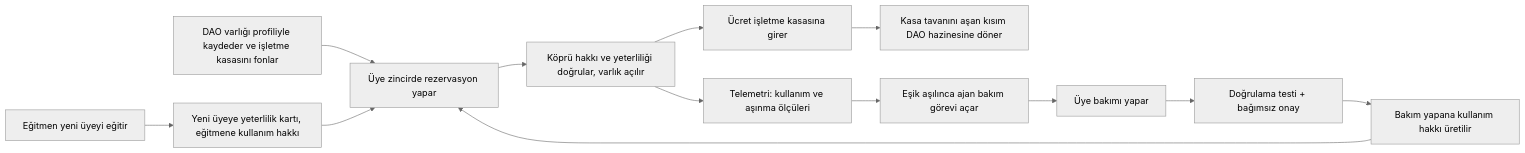
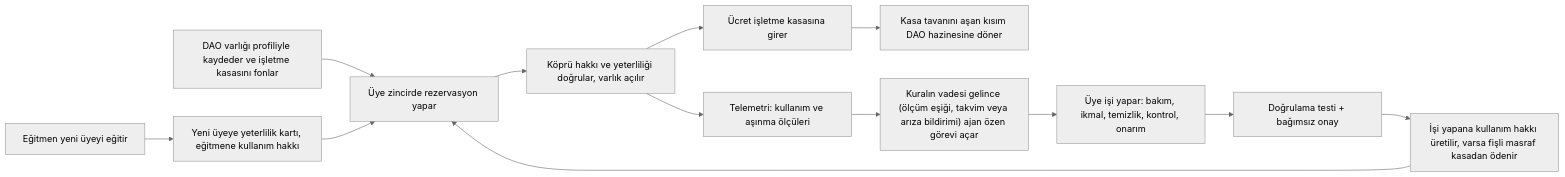
The diagram in docs/PRODUCT_TR.md (anilkaracay/commonkit), drawn with Mermaid (neutral theme) before and after one commit. The commit also changed other lines of this file and 12 other files, not shown here.

````diff
--- a/docs/PRODUCT_TR.md
+++ b/docs/PRODUCT_TR.md
@@ -119,15 +138,15 @@
 ```mermaid
 flowchart LR
     A[DAO varlığı profiliyle kaydeder ve işletme kasasını fonlar] --> B[Üye zincirde rezervasyon yapar]
     B --> C[Köprü hakkı ve yeterliliği doğrular, varlık açılır]
     C --> D[Ücret işletme kasasına girer]
     D --> D2[Kasa tavanını aşan kısım DAO hazinesine döner]
     C --> E[Telemetri: kullanım ve aşınma ölçüleri]
-    E --> F[Eşik aşılınca ajan bakım görevi açar]
-    F --> G[Üye bakımı yapar]
+    E --> F["Kuralın vadesi gelince (ölçüm eşiği, takvim veya arıza bildirimi) ajan özen görevi açar"]
+    F --> G["Üye işi yapar: bakım, ikmal, temizlik, kontrol, onarım"]
     G --> H[Doğrulama testi + bağımsız onay]
-    H --> I[Bakım yapana kullanım hakkı üretilir]
+    H --> I["İşi yapana kullanım hakkı üretilir, varsa fişli masraf kasadan ödenir"]
     I --> B
     J[Eğitmen yeni üyeyi eğitir] --> K[Yeni üyeye yeterlilik kartı, eğitmene kullanım hakkı]
     K --> B
 ```
````
